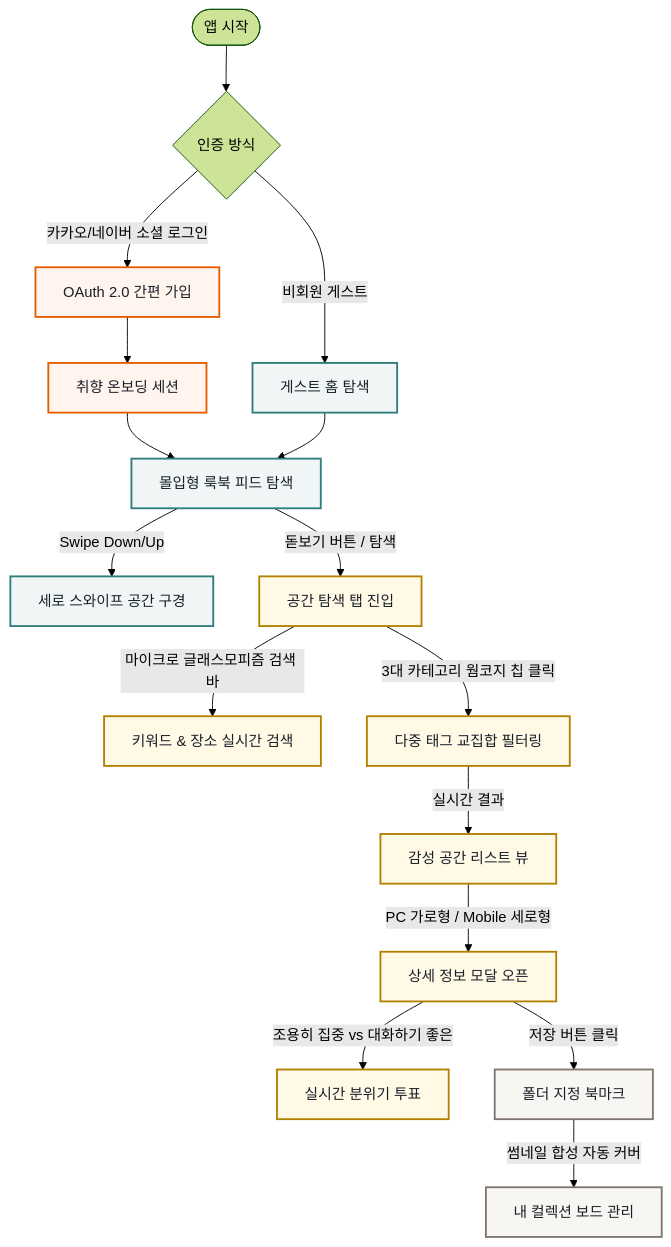
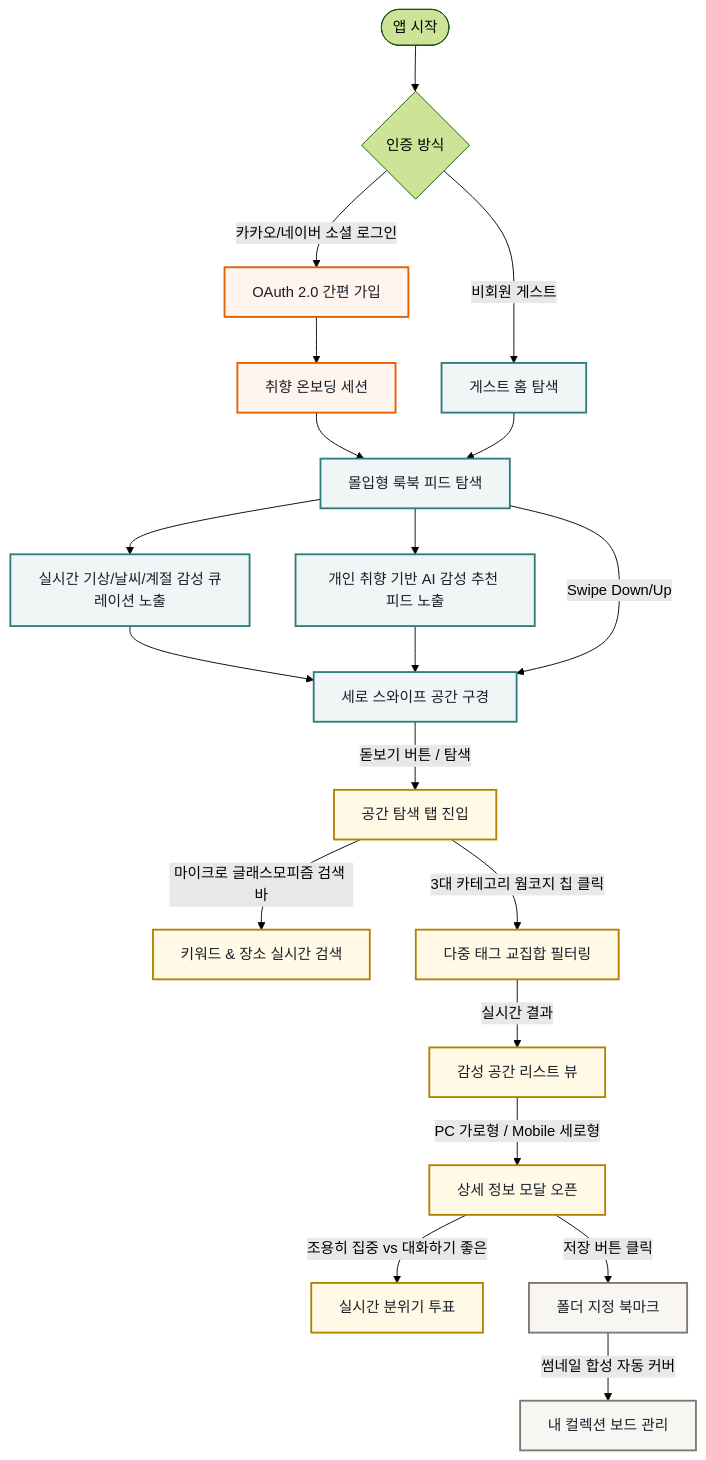
One commit to minari0v0/pickpl changed the second of 2 diagrams in README.md. Above: the diagram before and after it, drawn with Mermaid (forest theme).

Commit message:
docs: README.md 유저 플로우 내 날씨 및 취향 추천 흐름 반영

````diff
--- a/README.md
+++ b/README.md
@@ -98,31 +98,38 @@
 ```mermaid
 flowchart TD
     %% 스타일 정의
     classDef onboarding fill:#FFF4EE,stroke:#E65C00,stroke-width:2px,color:#191F28;
     classDef feed fill:#F0F6F5,stroke:#2E7D7A,stroke-width:2px,color:#191F28;
     classDef search fill:#FFF9E6,stroke:#B38000,stroke-width:2px,color:#191F28;
     classDef coll fill:#F7F6F3,stroke:#7F776F,stroke-width:2px,color:#191F28;
     
     Start([앱 시작]) --> Login{인증 방식}
     
     Login -->|카카오/네이버 소셜 로그인| OAuth[OAuth 2.0 간편 가입]:::onboarding
     Login -->|비회원 게스트| Guest[게스트 홈 탐색]:::feed
     
     OAuth --> Onboard[취향 온보딩 세션]:::onboarding
     Onboard --> Feed[몰입형 룩북 피드 탐색]:::feed
     Guest --> Feed
     
-    Feed -->|Swipe Down/Up| ScrollPlace[세로 스와이프 공간 구경]:::feed
-    Feed -->|돋보기 버튼 / 탐색| SearchTab[공간 탐색 탭 진입]:::search
+    %% 추천 큐레이션 노출 흐름
+    Feed --> Curation[실시간 기상/날씨/계절 감성 큐레이션 노출]:::feed
+    Feed --> TasteRecommend[개인 취향 기반 AI 감성 추천 피드 노출]:::feed
+    
+    Curation --> ScrollPlace[세로 스와이프 공간 구경]:::feed
+    TasteRecommend --> ScrollPlace
+    Feed -->|Swipe Down/Up| ScrollPlace
+    
+    ScrollPlace -->|돋보기 버튼 / 탐색| SearchTab[공간 탐색 탭 진입]:::search
     
     SearchTab -->|마이크로 글래스모피즘 검색 바| KeywordSearch[키워드 & 장소 실시간 검색]:::search
     SearchTab -->|3대 카테고리 웜코지 칩 클릭| TagFilter[다중 태그 교집합 필터링]:::search
     
     TagFilter -->|실시간 결과| List[감성 공간 리스트 뷰]:::search
     List -->|PC 가로형 / Mobile 세로형| ClickCard[상세 정보 모달 오픈]:::search
     
     ClickCard -->|조용히 집중 vs 대화하기 좋은| VibeVote[실시간 분위기 투표]:::search
     ClickCard -->|저장 버튼 클릭| FolderSave[폴더 지정 북마크]:::coll
     
     FolderSave -->|썸네일 합성 자동 커버| Collection[내 컬렉션 보드 관리]:::coll
 ```
````
